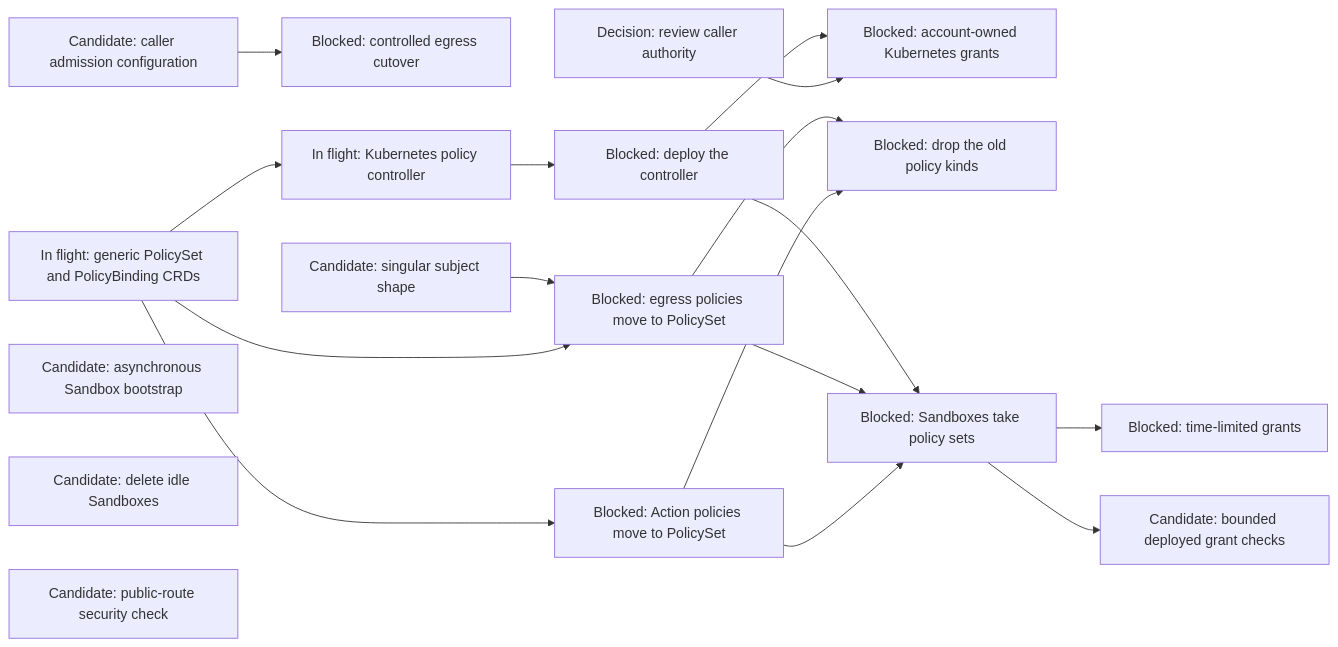
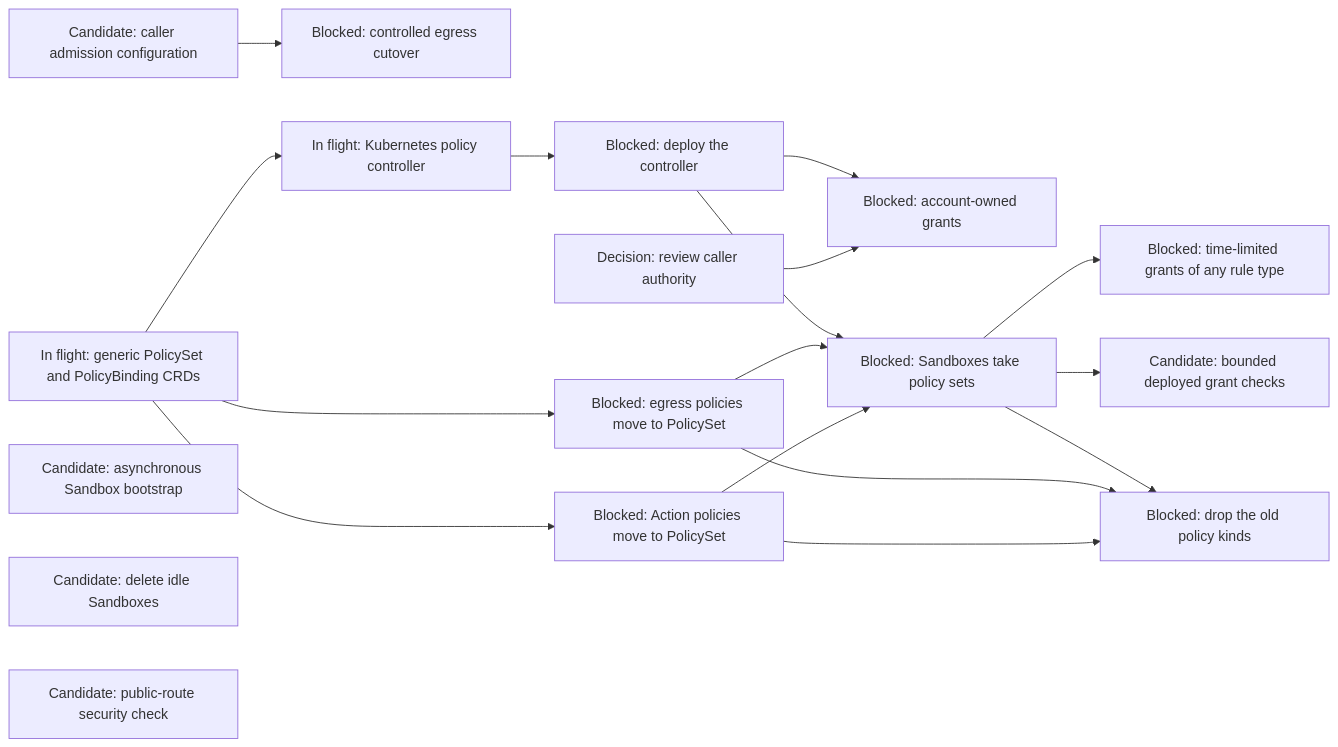
Before and after one commit to agentydragon-agent/ducktape: the eighth of 14 diagrams in agentplane/plans/task_dag.md, drawn with Mermaid. The commit also changed other lines of this file and 1 other file, not shown here.

````diff
--- a/agentplane/plans/task_dag.md
+++ b/agentplane/plans/task_dag.md
@@ -471,22 +481,22 @@
 ```mermaid
 flowchart LR
     PC_EGRESS_CREDENTIALS[Candidate: caller admission configuration] --> PC_EGRESS[Blocked: controlled egress cutover]
-    CLAUDE_AI_SA[Decision: review caller authority] --> MANAGED_SA_RBAC[Blocked: account-owned Kubernetes grants]
+    CLAUDE_AI_SA[Decision: review caller authority] --> MANAGED_SA_RBAC[Blocked: account-owned grants]
     POLICY_CRDS[In flight: generic PolicySet and PolicyBinding CRDs] --> K8S_POLICY_CONTROLLER[In flight: Kubernetes policy controller]
     POLICY_CRDS --> ACTION_POLICY_MIGRATE[Blocked: Action policies move to PolicySet]
     POLICY_CRDS --> EGRESS_POLICY_MIGRATE[Blocked: egress policies move to PolicySet]
-    BINDING_SUBJECT_ARITY[Candidate: singular subject shape] --> EGRESS_POLICY_MIGRATE
     ACTION_POLICY_MIGRATE --> OLD_POLICY_KINDS_DROP[Blocked: drop the old policy kinds]
     EGRESS_POLICY_MIGRATE --> OLD_POLICY_KINDS_DROP
-    ACTION_POLICY_MIGRATE --> K8S_POLICY_SANDBOX_CUTOVER
-    EGRESS_POLICY_MIGRATE --> K8S_POLICY_SANDBOX_CUTOVER
+    ACTION_POLICY_MIGRATE --> POLICY_SANDBOX_CUTOVER
+    EGRESS_POLICY_MIGRATE --> POLICY_SANDBOX_CUTOVER
     K8S_POLICY_CONTROLLER --> K8S_POLICY_DEPLOY[Blocked: deploy the controller]
-    K8S_POLICY_DEPLOY --> K8S_POLICY_SANDBOX_CUTOVER[Blocked: Sandboxes take policy sets]
-    K8S_POLICY_SANDBOX_CUTOVER --> K8S_POLICY_RUNTIME_GRANTS[Blocked: time-limited grants]
+    K8S_POLICY_DEPLOY --> POLICY_SANDBOX_CUTOVER[Blocked: Sandboxes take policy sets]
+    POLICY_SANDBOX_CUTOVER --> POLICY_RUNTIME_GRANTS[Blocked: time-limited grants of any rule type]
     K8S_POLICY_DEPLOY --> MANAGED_SA_RBAC
-    K8S_POLICY_SANDBOX_CUTOVER --> SANDBOX_RBAC
+    POLICY_SANDBOX_CUTOVER --> SANDBOX_RBAC
+    POLICY_SANDBOX_CUTOVER --> OLD_POLICY_KINDS_DROP
     BOOTSTRAP_PROGRESS_CONTRACT[Candidate: asynchronous Sandbox bootstrap]
     SANDBOX_IDLE_EXPIRY[Candidate: delete idle Sandboxes]
     SANDBOX_RBAC[Candidate: bounded deployed grant checks]
     NOTIFICATION_INGRESS_BOUNDARY[Candidate: public-route security check]
 ```
````
